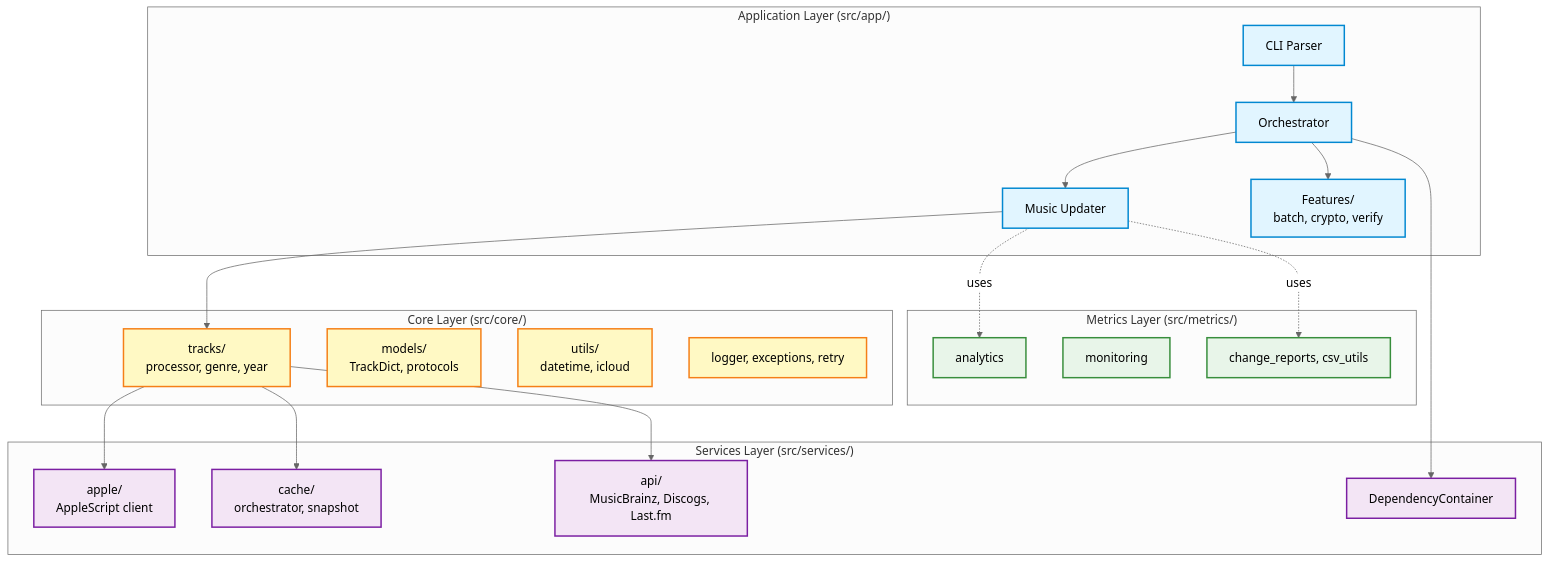
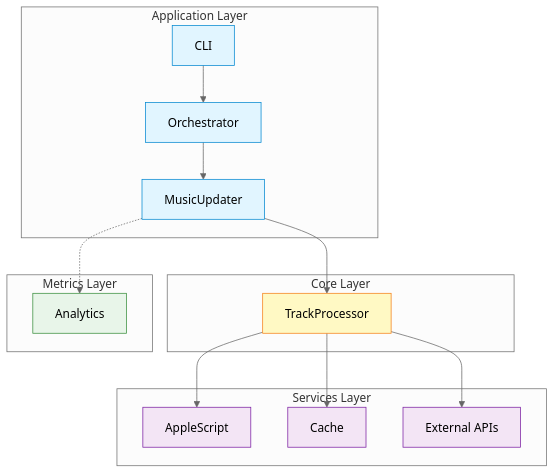
Before and after one commit to barad1tos/GenreUpdater: the diagram in README.md, drawn with Mermaid (neutral theme). The commit also changed other lines of this file, not shown here.

````diff
--- a/README.md
+++ b/README.md
@@ -61,48 +234,30 @@
 ```mermaid
 graph TD
-    subgraph App["Application Layer (src/app/)"]
-        CLI[CLI Parser]
-        Orchestrator[Orchestrator]
-        MusicUpdater[Music Updater]
-        Features[Features/<br/>batch, crypto, verify]
+    subgraph App["Application Layer"]
+        CLI[CLI] --> Orchestrator
+        Orchestrator --> MusicUpdater
     end
 
-    subgraph Core["Core Layer (src/core/)"]
-        TrackProcessor[tracks/<br/>processor, genre, year]
-        Models[models/<br/>TrackDict, protocols]
-        Utils[utils/<br/>datetime, icloud]
-        Logger[logger, exceptions, retry]
+    subgraph Core["Core Layer"]
+        MusicUpdater --> TrackProcessor
     end
 
-    subgraph Services["Services Layer (src/services/)"]
-        DI[DependencyContainer]
-        Apple[apple/<br/>AppleScript client]
-        Cache[cache/<br/>orchestrator, snapshot]
-        APIs[api/<br/>MusicBrainz, Discogs, Last.fm]
+    subgraph Services["Services Layer"]
+        TrackProcessor --> Apple[AppleScript]
+        TrackProcessor --> Cache
+        TrackProcessor --> APIs[External APIs]
     end
 
-    subgraph Metrics["Metrics Layer (src/metrics/)"]
-        Analytics[analytics]
-        Monitoring[monitoring]
-        Reports[change_reports, csv_utils]
+    subgraph Metrics["Metrics Layer"]
+        MusicUpdater -.-> Analytics
     end
 
-    CLI --> Orchestrator
-    Orchestrator --> MusicUpdater
-    Orchestrator --> Features
-    MusicUpdater --> TrackProcessor
-    TrackProcessor --> Apple
-    TrackProcessor --> Cache
-    TrackProcessor --> APIs
-    Orchestrator --> DI
-    MusicUpdater -. uses .-> Analytics
-    MusicUpdater -. uses .-> Reports
-    classDef appLayer fill:#e1f5ff,stroke:#0288d1,stroke-width:2px
-    classDef coreLayer fill:#fff9c4,stroke:#f57f17,stroke-width:2px
-    classDef servicesLayer fill:#f3e5f5,stroke:#7b1fa2,stroke-width:2px
-    classDef metricsLayer fill:#e8f5e9,stroke:#388e3c,stroke-width:2px
-    class CLI,Orchestrator,MusicUpdater,Features appLayer
-    class TrackProcessor,Models,Utils,Logger coreLayer
-    class DI,Apple,Cache,APIs servicesLayer
-    class Analytics,Monitoring,Reports metricsLayer
+    classDef appLayer fill:#e1f5ff,stroke:#0288d1
+    classDef coreLayer fill:#fff9c4,stroke:#f57f17
+    classDef servicesLayer fill:#f3e5f5,stroke:#7b1fa2
+    classDef metricsLayer fill:#e8f5e9,stroke:#388e3c
+    class CLI,Orchestrator,MusicUpdater appLayer
+    class TrackProcessor coreLayer
+    class Apple,Cache,APIs servicesLayer
+    class Analytics metricsLayer
 ```
````
